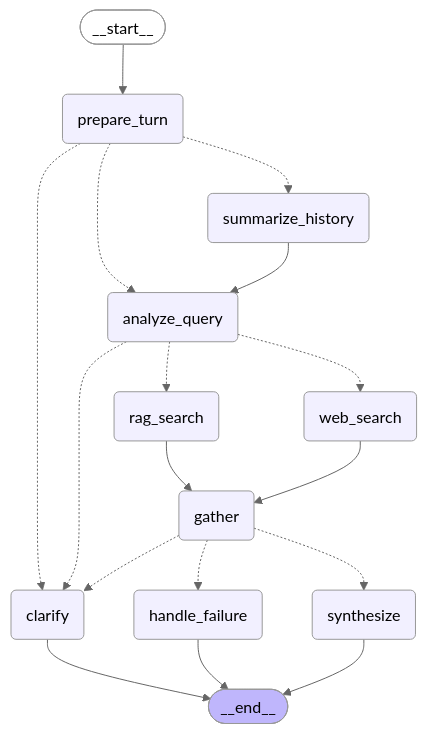
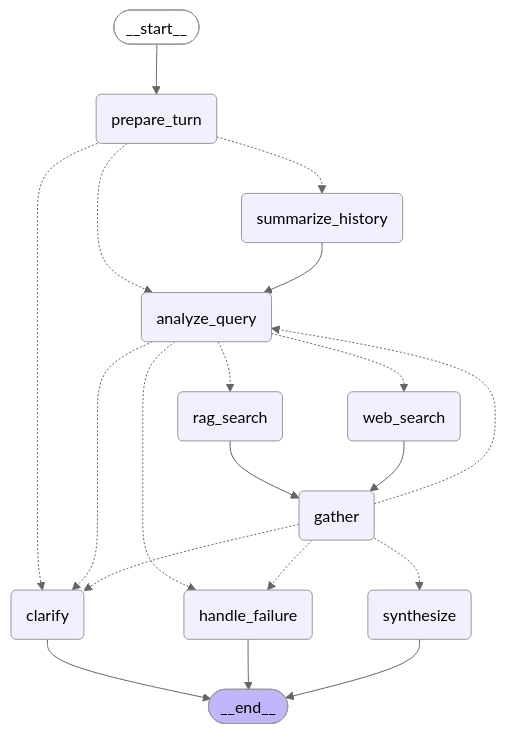
The diagram in README.md (FarisHambo-Node/Provectus-Task), drawn with Mermaid (neutral theme) before and after one commit. The commit also changed other lines of this file and 9 other files, not shown here.

````diff
--- a/README.md
+++ b/README.md
@@ -157,33 +157,35 @@
 ```mermaid
 graph TD;
 	__start__([__start__]):::first
 	prepare_turn(prepare_turn)
 	summarize_history(summarize_history)
 	analyze_query(analyze_query)
 	rag_search(rag_search)
 	web_search(web_search)
 	gather(gather)
 	synthesize(synthesize)
 	clarify(clarify)
 	handle_failure(handle_failure)
 	__end__([__end__]):::last
 	__start__ --> prepare_turn;
 	prepare_turn -.-> summarize_history;
 	prepare_turn -.-> analyze_query;
 	prepare_turn -.-> clarify;
 	summarize_history --> analyze_query;
 	analyze_query -.-> rag_search;
 	analyze_query -.-> web_search;
 	analyze_query -.-> clarify;
+	analyze_query -.-> handle_failure;
 	rag_search --> gather;
 	web_search --> gather;
 	gather -.-> synthesize;
+	gather -.-> analyze_query;
 	gather -.-> handle_failure;
 	gather -.-> clarify;
 	clarify --> __end__;
 	handle_failure --> __end__;
 	synthesize --> __end__;
 	classDef default fill:#f2f0ff,line-height:1.2
 	classDef first fill-opacity:0
 	classDef last fill:#bfb6fc
 ```
````
